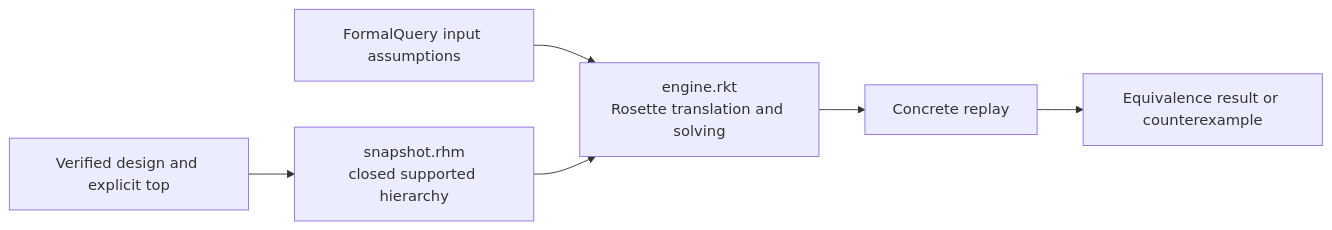
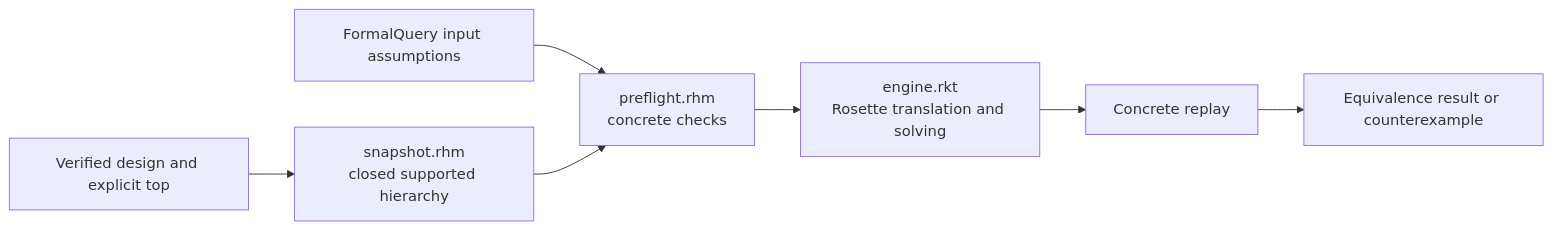
One commit to jerryz123/rhodium changed the diagram in rhodium/formal/DEVELOPING.md. Above: the diagram before and after it, drawn with Mermaid. The commit also changed other lines of this file and 8 other files, not shown here.

Commit message:
port formal engine components to rhombus

````diff
--- a/rhodium/formal/DEVELOPING.md
+++ b/rhodium/formal/DEVELOPING.md
@@ -17,8 +17,9 @@
 ```mermaid
 flowchart LR
   Subject["Verified design and explicit top"] --> Snapshot["snapshot.rhm<br/>closed supported hierarchy"]
-  Query["FormalQuery input assumptions"] --> Engine["engine.rkt<br/>Rosette translation and solving"]
-  Snapshot --> Engine
+  Query["FormalQuery input assumptions"] --> Preflight["preflight.rhm<br/>concrete checks"]
+  Snapshot --> Preflight
+  Preflight --> Engine["engine.rkt<br/>Rosette translation and solving"]
   Engine --> Replay["Concrete replay"]
   Replay --> Result["Equivalence result or counterexample"]
 ```
````
